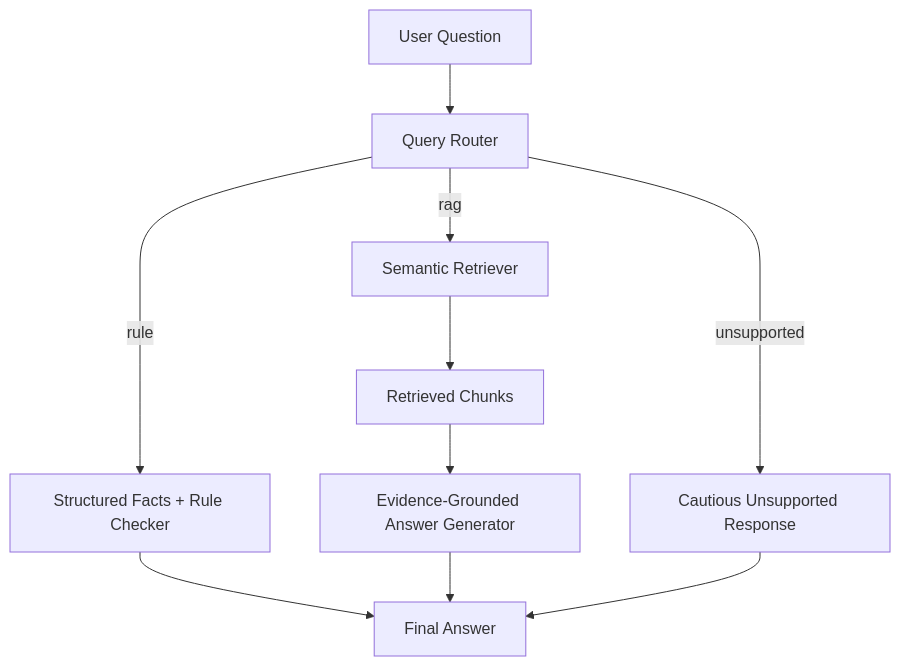
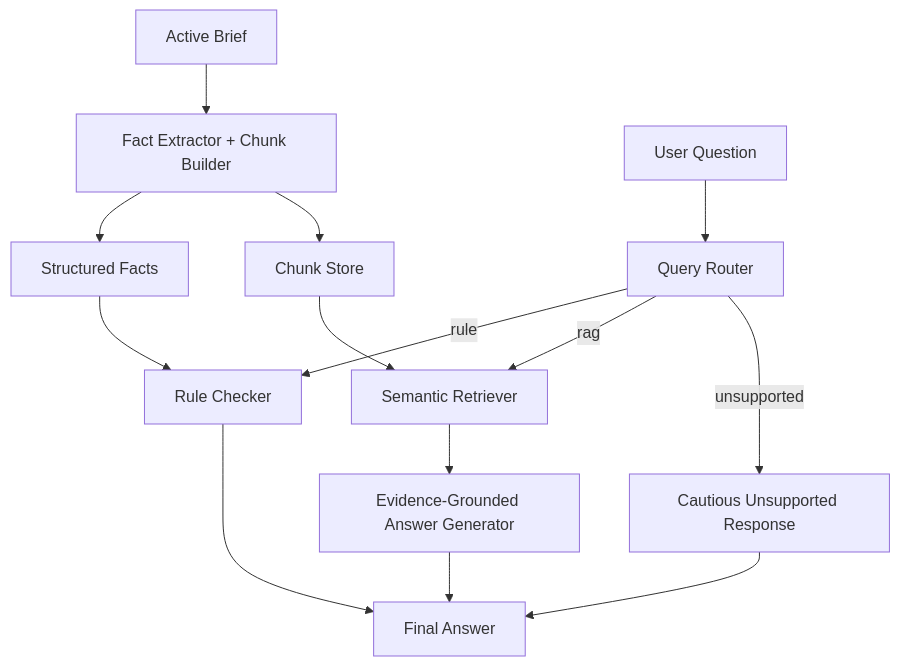
One commit to chongyantang-ship-it/ai-document-assistant changed the first of 2 diagrams in README.md. Above: the diagram before and after it, drawn with Mermaid. The commit also changed other lines of this file and 29 other files, not shown here.

````diff
--- a/README.md
+++ b/README.md
@@ -222,12 +321,16 @@
 ```mermaid
 flowchart TD
-    A["User Question"] --> B["Query Router"]
-    B -->|rule| C["Structured Facts + Rule Checker"]
-    B -->|rag| D["Semantic Retriever"]
-    B -->|unsupported| E["Cautious Unsupported Response"]
-    D --> F["Retrieved Chunks"]
-    F --> G["Evidence-Grounded Answer Generator"]
-    C --> H["Final Answer"]
-    G --> H
-    E --> H
+    A["Active Brief"] --> B["Fact Extractor + Chunk Builder"]
+    B --> C["Structured Facts"]
+    B --> D["Chunk Store"]
+    E["User Question"] --> F["Query Router"]
+    F -->|rule| G["Rule Checker"]
+    F -->|rag| H["Semantic Retriever"]
+    F -->|unsupported| I["Cautious Unsupported Response"]
+    C --> G
+    D --> H
+    H --> J["Evidence-Grounded Answer Generator"]
+    G --> K["Final Answer"]
+    J --> K
+    I --> K
 ```
````
